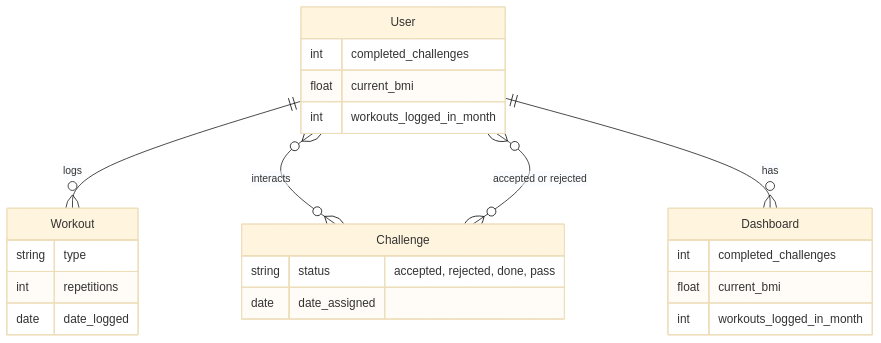
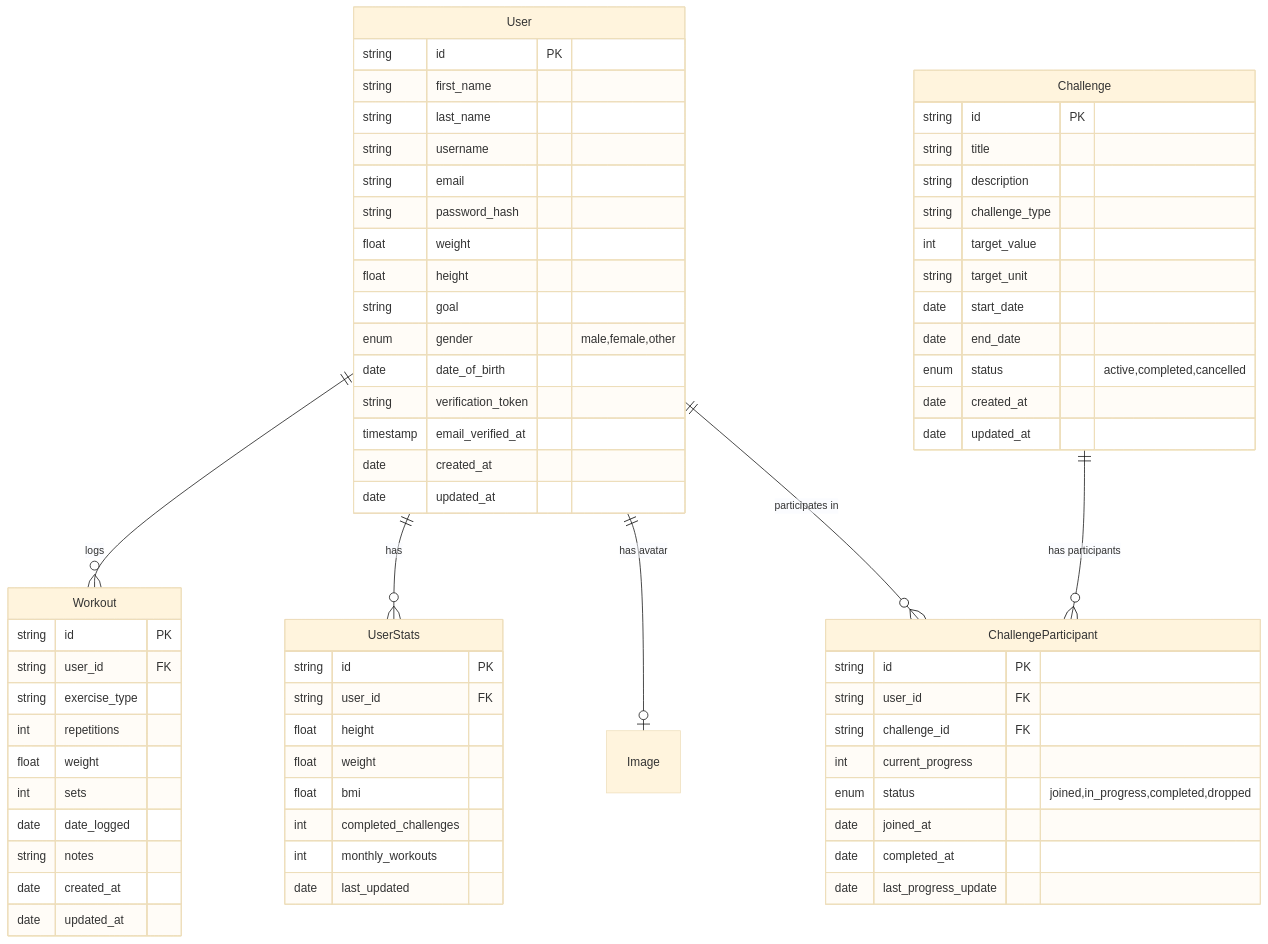
Before and after one commit to NasaboyZ/stepsync: the diagram in Backend/_docs/erd.mermaid, drawn with Mermaid (base theme). The commit also changed 15 other files, not shown here.

```diff
--- a/Backend/_docs/erd.mermaid
+++ b/Backend/_docs/erd.mermaid
@@ -1,30 +1,74 @@
 erDiagram
     User ||--o{ Workout : "logs"
-    User }o--o{ Challenge : "interacts"
-    Challenge }o--o{ User : "accepted or rejected"
+    User ||--o{ UserStats : "has"
+    User ||--o| Image : "has avatar"
     
-    %% Für das Dashboard %%
     User {
-        int completed_challenges
-        float current_bmi
-        int workouts_logged_in_month
+        string id PK
+        string first_name
+        string last_name
+        string username
+        string email
+        string password_hash
+        float weight
+        float height
+        string goal
+        enum gender "male,female,other"
+        date date_of_birth
+        string verification_token
+        timestamp email_verified_at
+        date created_at
+        date updated_at
     }
 
     Workout {
-        string type
+        string id PK
+        string user_id FK
+        string exercise_type
         int repetitions
+        float weight
+        int sets
         date date_logged
+        string notes
+        date created_at
+        date updated_at
     }
     
     Challenge {
-        string status "accepted, rejected, done, pass"
-        date date_assigned
+        string id PK
+        string title
+        string description
+        string challenge_type
+        int target_value
+        string target_unit
+        date start_date
+        date end_date
+        enum status "active,completed,cancelled"
+        date created_at
+        date updated_at
     }
     
-    Dashboard {
+    UserStats {
+        string id PK
+        string user_id FK
+        float height
+        float weight
+        float bmi
         int completed_challenges
-        float current_bmi
-        int workouts_logged_in_month
+        int monthly_workouts
+        date last_updated
     }
-    
-    User ||--o{ Dashboard : "has"
+
+    ChallengeParticipant {
+        string id PK
+        string user_id FK
+        string challenge_id FK
+        int current_progress
+        enum status "joined,in_progress,completed,dropped"
+        date joined_at
+        date completed_at
+        date last_progress_update
+    }
+
+    User ||--o{ ChallengeParticipant : "participates in"
+    Challenge ||--o{ ChallengeParticipant : "has participants"
```
